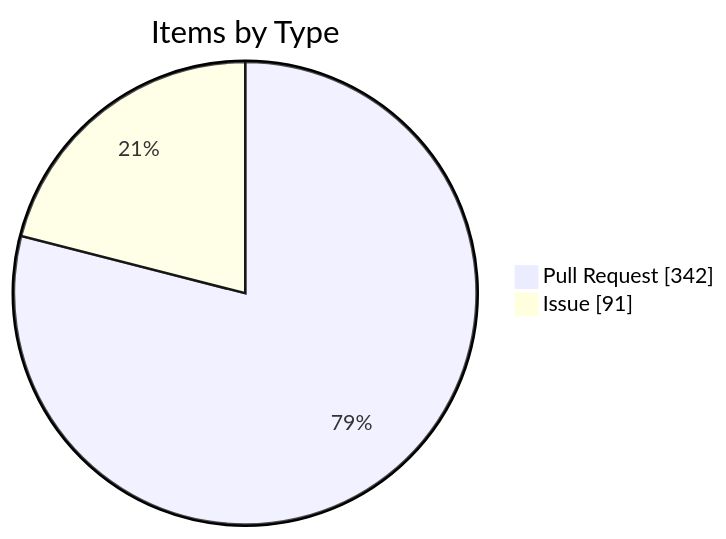
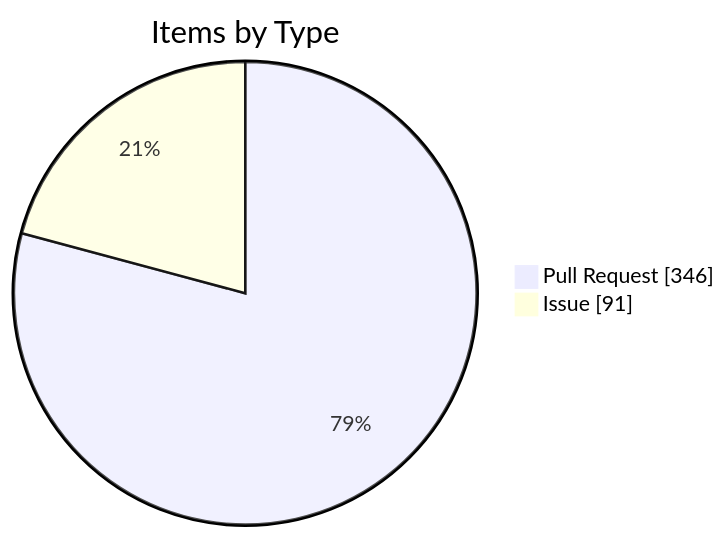
The fourth of 4 diagrams in apps/kbve/astro-kbve/src/content/docs/dashboard/kanban-data.mdx (KBVE/kbve), drawn with Mermaid before and after one commit. The commit also changed other lines of this file and 8 other files, not shown here.

````diff
--- a/apps/kbve/astro-kbve/src/content/docs/dashboard/kanban-data.mdx
+++ b/apps/kbve/astro-kbve/src/content/docs/dashboard/kanban-data.mdx
@@ -116,6 +116,6 @@
 ```mermaid
 pie showData
     title Items by Type
-    "Pull Request" : 342
+    "Pull Request" : 346
     "Issue" : 91
 ```
````
